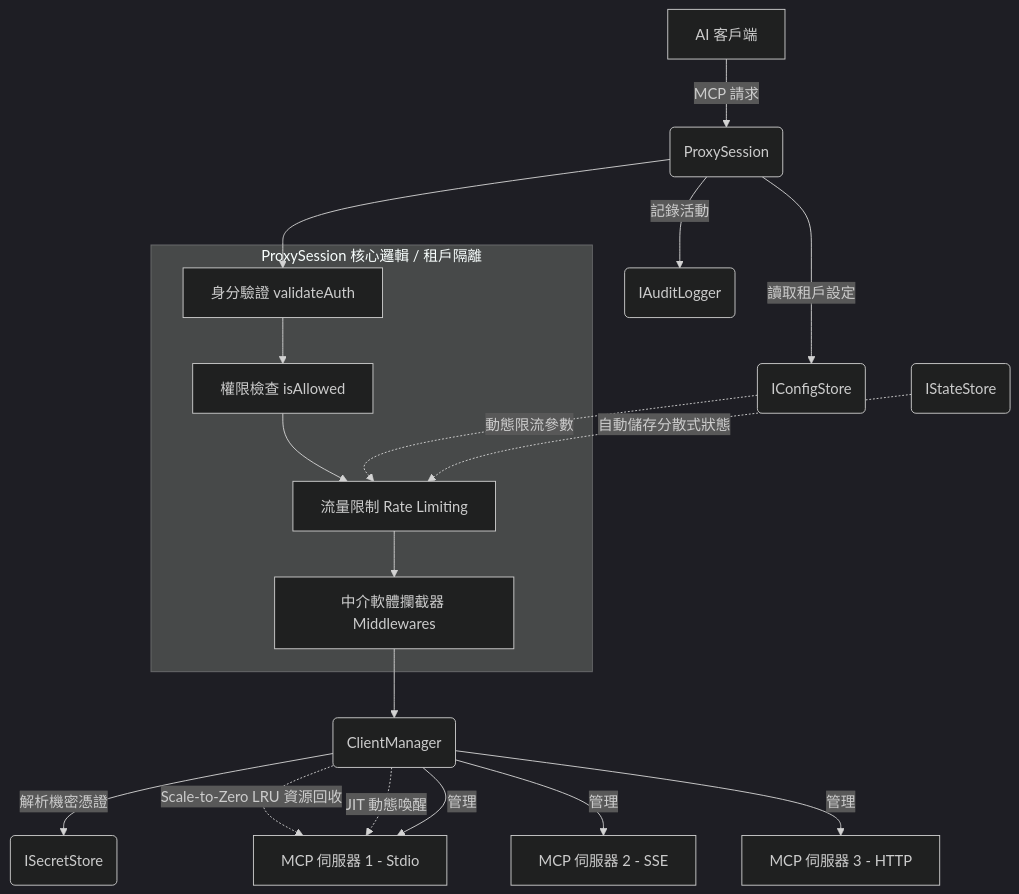
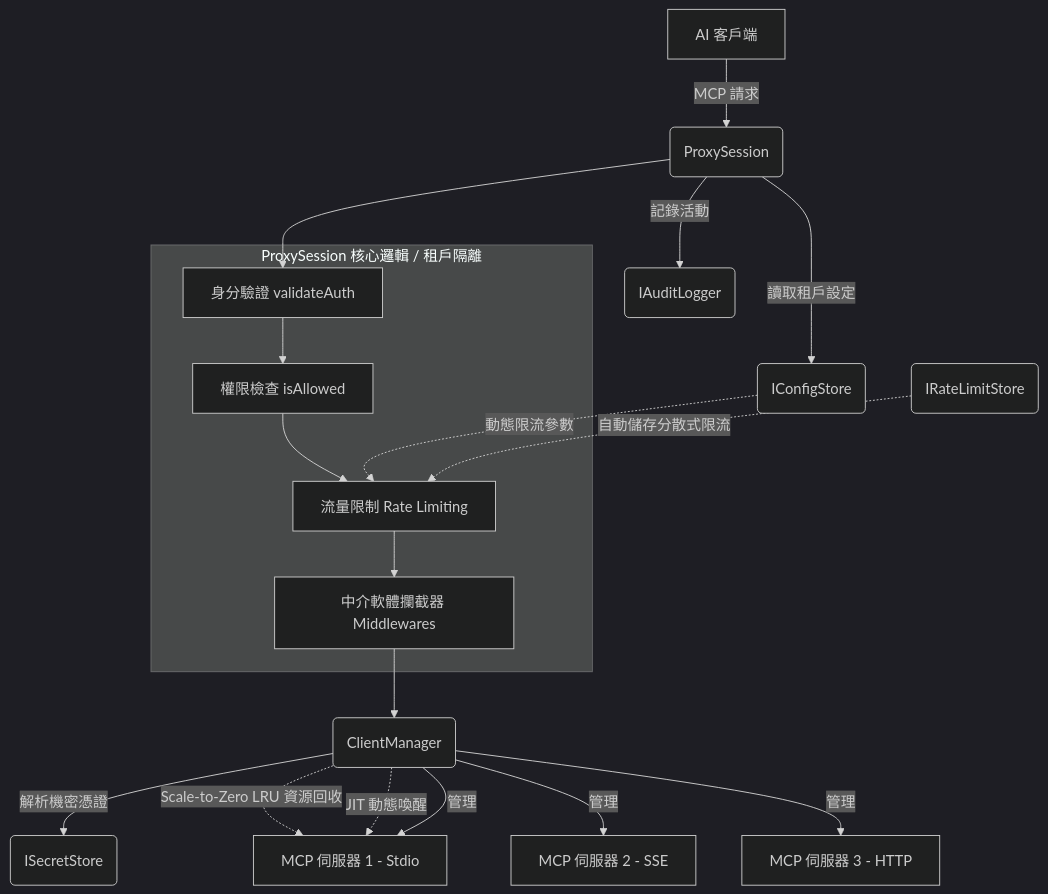
Before and after one commit to Cyber-Sec-Space/aag-core: the second of 2 diagrams in ARCHITECTURE.md, drawn with Mermaid (dark theme). The commit also changed other lines of this file and 8 other files, not shown here.

Commit message:
feat: extract IRateLimitStore to support distributed rate limiting

````diff
--- a/ARCHITECTURE.md
+++ b/ARCHITECTURE.md
@@ -86,30 +86,30 @@
 ```mermaid
 graph TD
     Client[AI 客戶端] -->|MCP 請求| Proxy(ProxySession)
     
     subgraph ProxyInternal [ProxySession 核心邏輯 / 租戶隔離]
         Auth[身分驗證 validateAuth]
         RBAC[權限檢查 isAllowed]
         RL[流量限制 Rate Limiting]
         MW[中介軟體攔截器 Middlewares]
     end
     
     Proxy --> Auth
     Auth --> RBAC
     RBAC --> RL
     RL --> MW
     MW --> CM(ClientManager)
 
     Proxy -->|讀取租戶設定| Config(IConfigStore)
     Proxy -->|記錄活動| Logger(IAuditLogger)
     
     Config -.->|動態限流參數| RL
-    State(IStateStore) -.->|自動儲存分散式狀態| RL
+    State(IRateLimitStore) -.->|自動儲存分散式限流| RL
     
     CM -->|解析機密憑證| Secrets(ISecretStore)
     CM -.->|Scale-to-Zero LRU 資源回收| Downstream1
     CM -.->|JIT 動態喚醒| Downstream1
     CM -->|管理| Downstream1[MCP 伺服器 1 - Stdio]
     CM -->|管理| Downstream2[MCP 伺服器 2 - SSE]
     CM -->|管理| Downstream3[MCP 伺服器 3 - HTTP]
 ```
````
